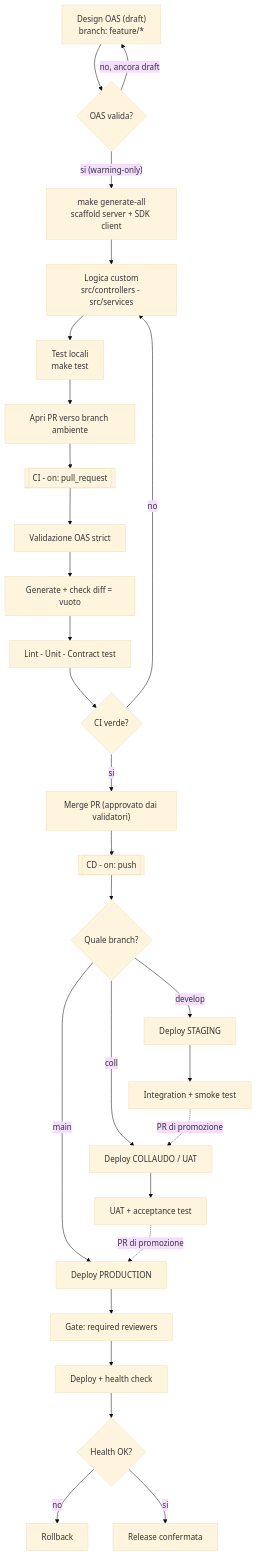
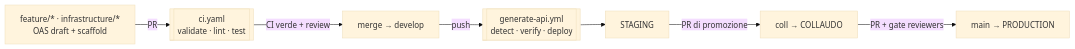
The diagram in README.md (Tbc159/microservice-media-manager), drawn with Mermaid (base theme) before and after one commit. The commit also changed other lines of this file and 7 other files, not shown here.

````diff
--- a/README.md
+++ b/README.md
@@ -80,39 +76,9 @@
 ```mermaid
-flowchart TD
-    %% ---------- DESIGN ----------
-    A["Design OAS (draft)<br/>branch: feature/*"] --> B{OAS valida?}
-    B -- "no, ancora draft" --> A
-    B -- "si (warning-only)" --> C["make generate-all<br/>scaffold server + SDK client"]
-
-    %% ---------- SVILUPPO ----------
-    C --> D["Logica custom<br/>src/controllers - src/services"]
-    D --> E["Test locali<br/>make test"]
-    E --> F["Apri PR verso branch ambiente"]
-
-    %% ---------- CI ----------
-    F --> G[["CI - on: pull_request"]]
-    G --> G1["Validazione OAS strict"]
-    G1 --> G2["Generate + check diff = vuoto"]
-    G2 --> G3["Lint - Unit - Contract test"]
-    G3 --> H{CI verde?}
-    H -- no --> D
-    H -- si --> I["Merge PR (approvato dai validatori)"]
-
-    %% ---------- CD ----------
-    I --> J[["CD - on: push"]]
-    J --> K{Quale branch?}
-    K -- develop --> S["Deploy STAGING"]
-    K -- coll --> U["Deploy COLLAUDO / UAT"]
-    K -- main --> P["Deploy PRODUCTION"]
-
-    S --> S1["Integration + smoke test"]
-    U --> U1["UAT + acceptance test"]
-    P --> P0["Gate: required reviewers"]
-    P0 --> P1["Deploy + health check"]
-    P1 --> P2{Health OK?}
-    P2 -- no --> RB["Rollback"]
-    P2 -- si --> DONE["Release confermata"]
-
-    S1 -. "PR di promozione" .-> U
-    U1 -. "PR di promozione" .-> P
+flowchart LR
+    A["feature/* · infrastructure/*<br/>OAS draft + scaffold"] -->|PR| B[["ci.yaml<br/>validate · lint · test"]]
+    B -->|CI verde + review| C["merge → develop"]
+    C -->|push| D[["generate-api.yml<br/>detect · verify · deploy"]]
+    D --> E["STAGING"]
+    E -->|PR di promozione| F["coll → COLLAUDO"]
+    F -->|PR + gate reviewers| G["main → PRODUCTION"]
 ```
````
